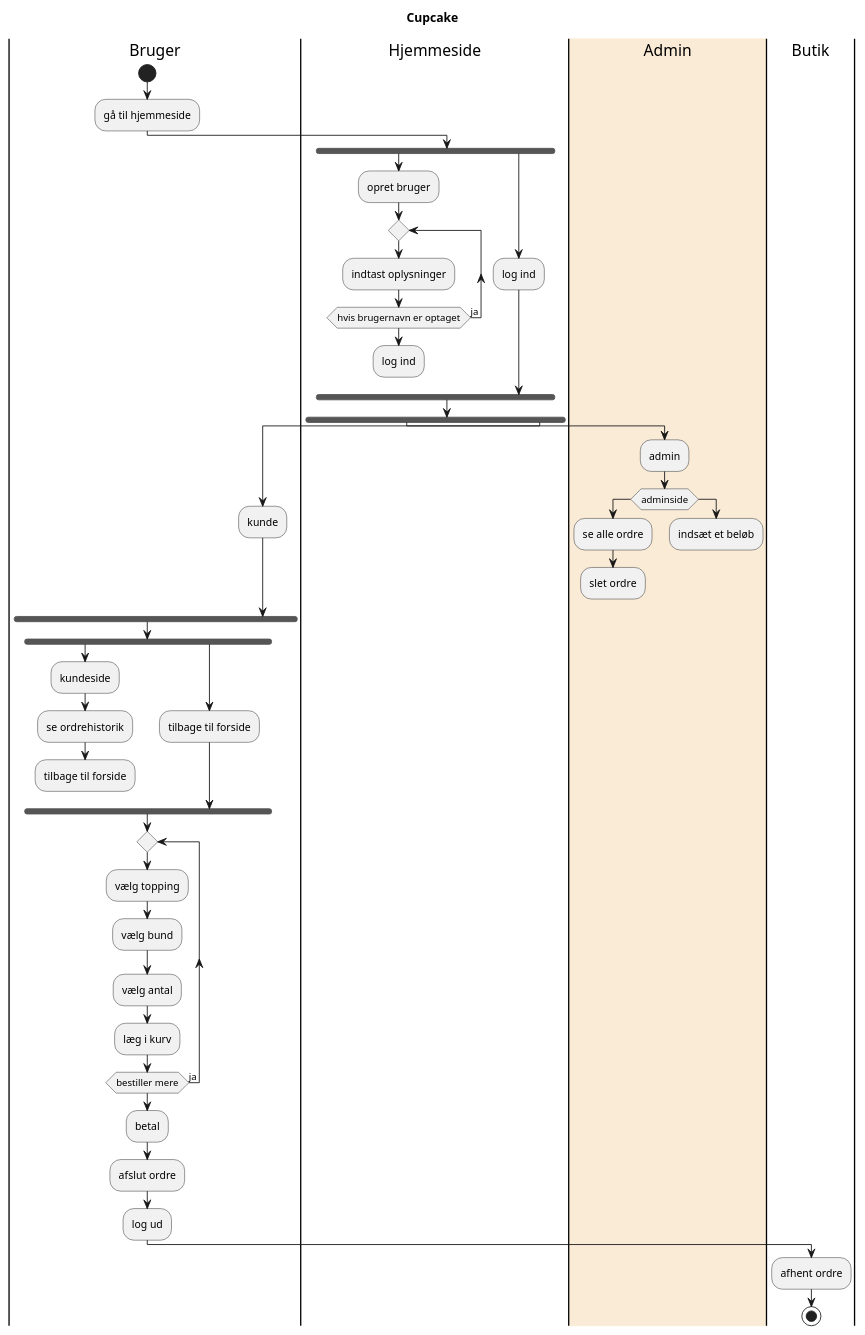
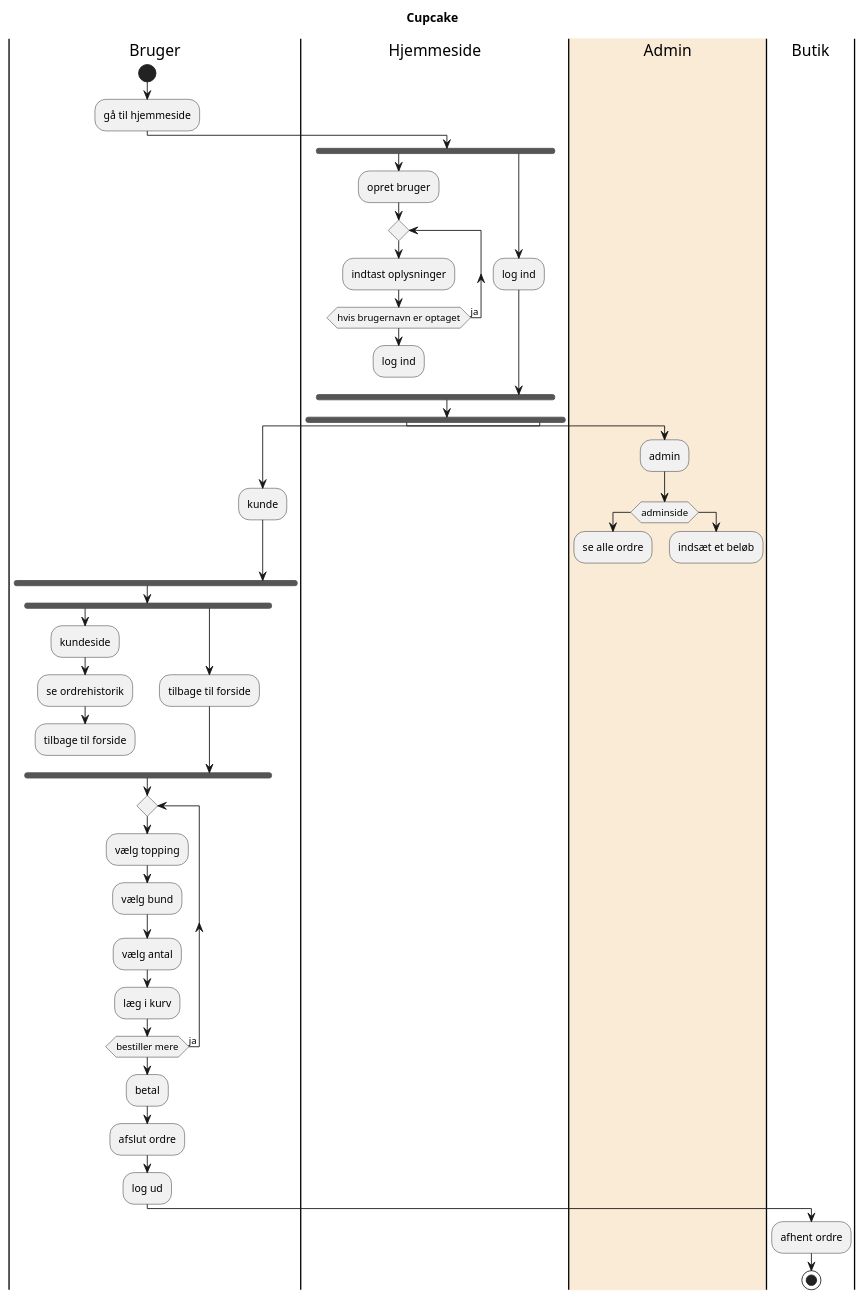
The diagram in src/main/plantuml/aktivitetsdiagram.puml (JuliusLansner/CupcakeOpgave), drawn with PlantUML before and after one commit. The commit also changed 1 other file, not shown here.

Commit message:
added diagrams

```diff
--- a/src/main/plantuml/aktivitetsdiagram.puml
+++ b/src/main/plantuml/aktivitetsdiagram.puml
@@ -1,51 +1,50 @@
 @startuml
 Title Cupcake
 |Bruger|
 start
 :gå til hjemmeside;
 |Hjemmeside|
 fork
 :opret bruger;
 repeat
 :indtast oplysninger;
 repeat while (hvis brugernavn er optaget) is (ja)
 :log ind;
 detach
 fork again
 :log ind;
 end fork
 fork
 |#AntiqueWhite| Admin |
 :admin;
 if (adminside)
 :se alle ordre;
-:slet ordre;
 else ()
   :indsæt et beløb;
 endif
 detach
 fork again
 |Bruger|
 :kunde;
 end fork
 fork
 :kundeside;
 :se ordrehistorik;
 :tilbage til forside;
 detach
 fork again
 :tilbage til forside;
 end fork
 repeat
 :vælg topping;
 :vælg bund;
 :vælg antal;
 :læg i kurv;
 repeat while (bestiller mere) is (ja)
 :betal;
 :afslut ordre;
 :log ud;
 |Butik|
 :afhent ordre;
 stop
 @enduml
```
